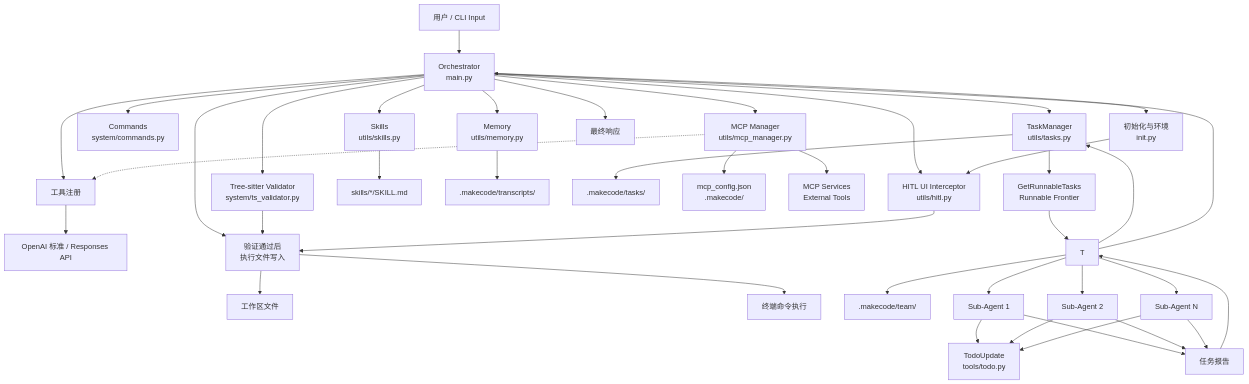
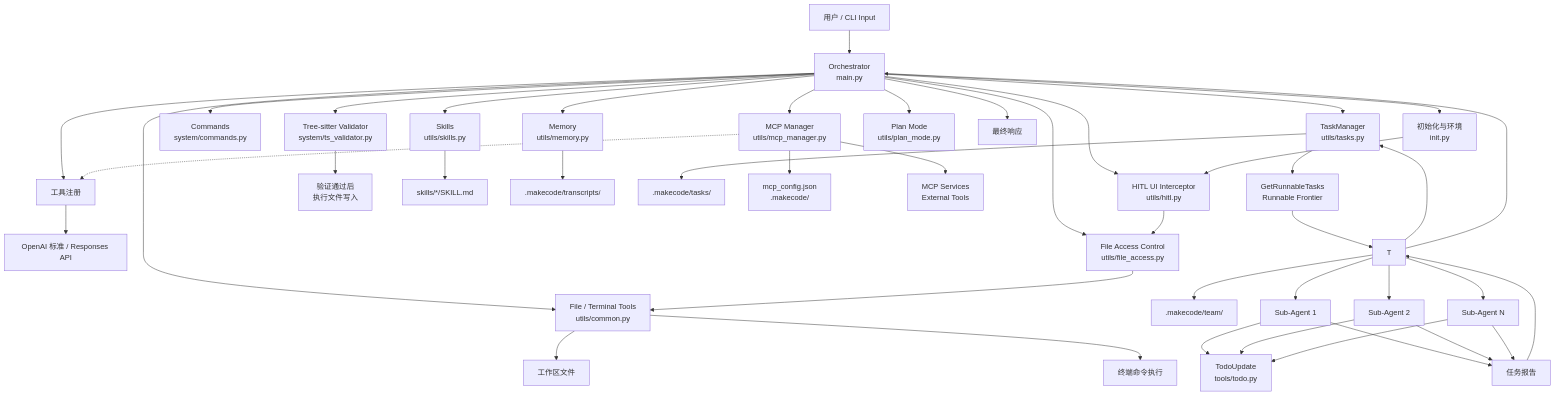
One commit to cockmake/MakeCode changed the diagram in README.md. Above: the diagram before and after it, drawn with Mermaid. The commit also changed other lines of this file and 1 other file, not shown here.

Commit message:
docs: 补充架构图 — 目录树加入 skills.py，Mermaid 图新增 Plan Mode / File Access Control 节点，修复重复节点 C

````diff
--- a/README.md
+++ b/README.md
@@ -407,50 +408,53 @@
 ```mermaid
 flowchart TD
     U["用户 / CLI Input"] --> O["Orchestrator\nmain.py"]
     O --> AC["llm_client.py\nAdapter"]
     AC --> M["OpenAI 标准 / Responses API"]
     O --> I["初始化与环境\ninit.py"]
 
     O --> C["File / Terminal Tools\nutils/common.py"]
     O --> TS["Tree-sitter Validator\nsystem/ts_validator.py"]
     O --> H["HITL UI Interceptor\nutils/hitl.py"]
     O --> CM["Commands\nsystem/commands.py"]
     O --> TM["TaskManager\nutils/tasks.py"]
     O --> S["Skills\nutils/skills.py"]
     O --> MM["Memory\nutils/memory.py"]
     O --> MCP["MCP Manager\nutils/mcp_manager.py"]
+    O --> PM["Plan Mode\nutils/plan_mode.py"]
+    O --> FA["File Access Control\nutils/file_access.py"]
 
-    TS --> C["验证通过后\n执行文件写入"]
+    TS --> CV["验证通过后\n执行文件写入"]
     I --> H
-    H --> C
+    H --> FA
+    FA --> C
     C --> W["工作区文件"]
     C --> X["终端命令执行"]
 
     S --> SK["skills/*/SKILL.md"]
     MM --> TR[".makecode/transcripts/"]
     TM --> TP[".makecode/tasks/"]
     T --> TH[".makecode/team/"]
     MCP --> MC["mcp_config.json\n.makecode/"]
     MCP --> MT["MCP Services\nExternal Tools"]
 
     TM --> RQ["GetRunnableTasks\nRunnable Frontier"]
     RQ --> T
 
     T --> A1["Sub-Agent 1"]
     T --> A2["Sub-Agent 2"]
     T --> AN["Sub-Agent N"]
 
     A1 --> TD["TodoUpdate\ntools/todo.py"]
     A2 --> TD
     AN --> TD
 
     A1 --> RP["任务报告"]
     A2 --> RP
     AN --> RP
 
     RP --> T
     T --> TM
     T --> O
     MCP -.-> AC["工具注册"]
     O --> F["最终响应"]
 ```
````
